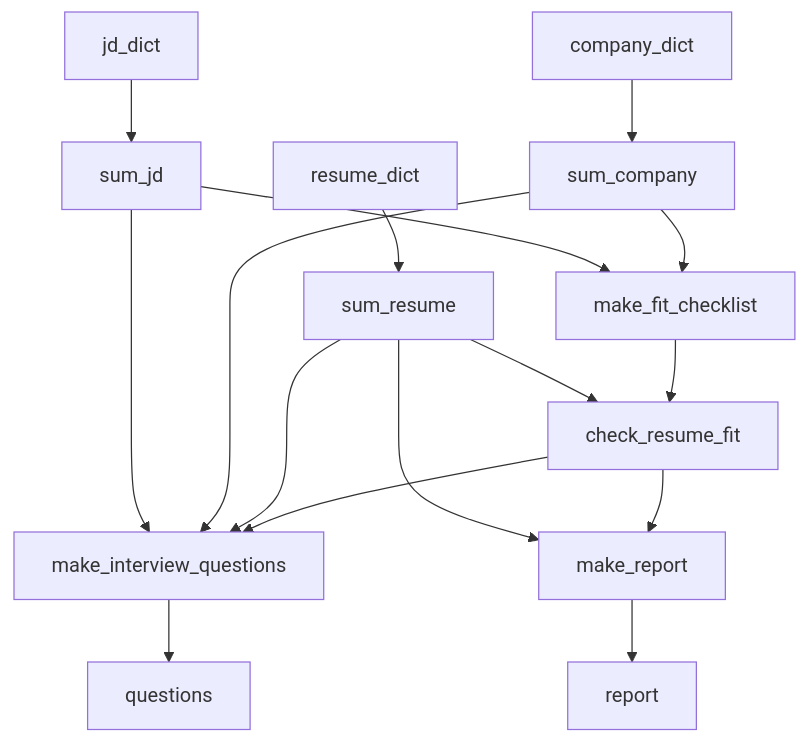
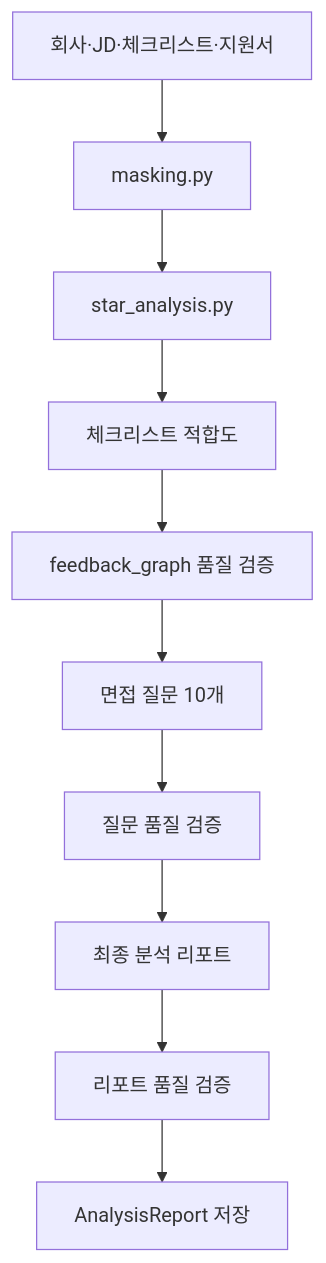
One commit to SKN26-Final-1st/Final_project changed the diagram in docs/07-ai-modeling/model-pipeline.md. Above: the diagram before and after it, drawn with Mermaid. The commit also changed other lines of this file and 1 other file, not shown here.

First line of the commit message:
docs(ai): replace legacy report pipeline guide

````diff
--- a/docs/07-ai-modeling/model-pipeline.md
+++ b/docs/07-ai-modeling/model-pipeline.md
@@ -22,18 +7,12 @@
 ```mermaid
 flowchart TD
-  Resume["resume_dict"] --> SumResume["sum_resume"]
-  Company["company_dict"] --> SumCompany["sum_company"]
-  JD["jd_dict"] --> SumJD["sum_jd"]
-  SumCompany --> Checklist["make_fit_checklist"]
-  SumJD --> Checklist
-  Checklist --> Fit["check_resume_fit"]
-  SumResume --> Fit
-  Fit --> Questions["make_interview_questions"]
-  SumResume --> Questions
-  SumCompany --> Questions
-  SumJD --> Questions
-  Fit --> Report["make_report"]
-  SumResume --> Report
-  Questions --> Result["questions"]
-  Report --> Result2["report"]
+  Input["회사·JD·체크리스트·지원서"] --> Mask["masking.py"]
+  Mask --> Star["star_analysis.py"]
+  Star --> Fit["체크리스트 적합도"]
+  Fit --> FitQA["feedback_graph 품질 검증"]
+  FitQA --> Questions["면접 질문 10개"]
+  Questions --> QuestionQA["질문 품질 검증"]
+  QuestionQA --> Report["최종 분석 리포트"]
+  Report --> ReportQA["리포트 품질 검증"]
+  ReportQA --> Save["AnalysisReport 저장"]
 ```
````
